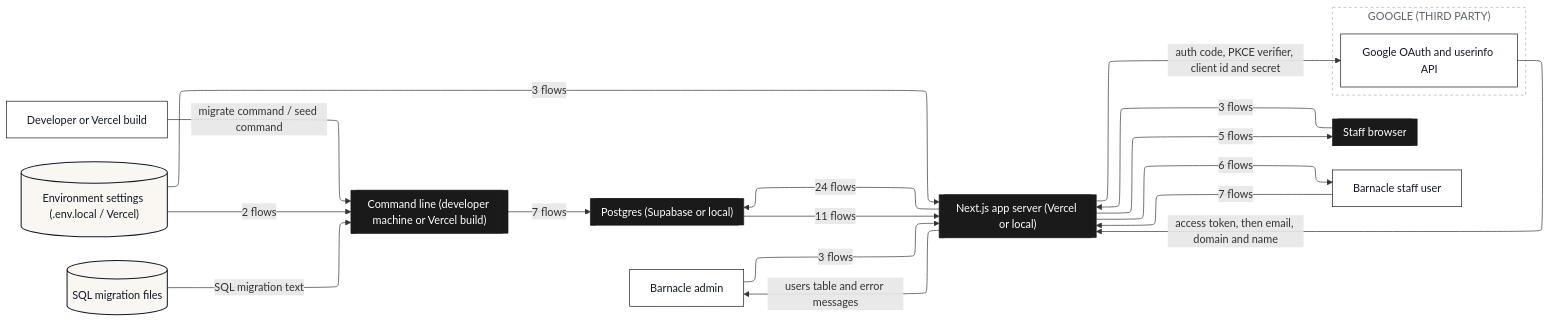
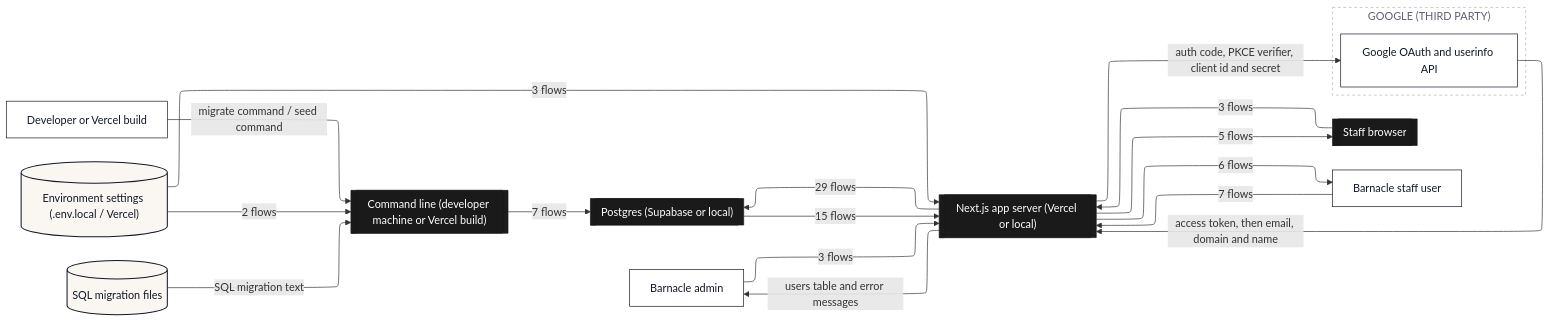
One commit to Romain-Perche/Barnacle-Pipe changed the second of 10 diagrams in dataflow/DATAFLOW.md. Above: the diagram before and after it, drawn with Mermaid. The commit also changed other lines of this file and 7 other files, not shown here.

````diff
--- a/dataflow/DATAFLOW.md
+++ b/dataflow/DATAFLOW.md
@@ -85,44 +91,44 @@
 ```mermaid
 ---
 config:
   layout: elk
 ---
 flowchart LR
     n1[["Next.js app server (Vercel or local)"]]
     n2[["Staff browser"]]
     n3[["Command line (developer machine or Vercel build)"]]
     n4[["Postgres (Supabase or local)"]]
     n5["Barnacle admin"]
     n6["Developer or Vercel build"]
     n7[("Environment settings (.env.local / Vercel)")]
     n8[("SQL migration files")]
     n9["Barnacle staff user"]
     subgraph z1["GOOGLE (THIRD PARTY)"]
         n10["Google OAuth and userinfo API"]
     end
     n5 -->|"3 flows"| n1
     n1 -->|"6 flows"| n9
     n2 -->|"3 flows"| n1
-    n1 -->|"24 flows"| n4
-    n4 -->|"11 flows"| n1
+    n1 -->|"29 flows"| n4
+    n4 -->|"15 flows"| n1
     n6 -->|"migrate command / seed command"| n3
     n7 -->|"3 flows"| n1
     n7 -->|"2 flows"| n3
     n1 -->|"5 flows"| n2
     n1 -->|"auth code, PKCE verifier, client id and secret"| n10
     n10 -->|"access token, then email, domain and name"| n1
     n3 -->|"7 flows"| n4
     n8 -->|"SQL migration text"| n3
     n9 -->|"7 flows"| n1
     n1 -->|"users table and error messages"| n5
     classDef actor fill:#FFFFFF,stroke:#111827,stroke-width:1px,color:#111827
     classDef process fill:#EDEAFF,stroke:#2B00FF,stroke-width:1.5px,color:#111827
     classDef store fill:#FAF6F1,stroke:#111827,stroke-width:1.5px,color:#111827
     classDef zone fill:#1A1A1A,stroke:#1A1A1A,color:#FFFFFF
     classDef group fill:#2B00FF,stroke:#2B00FF,color:#FFFFFF
     classDef stub fill:#FFFFFF,stroke:#2B00FF,stroke-width:1.5px,stroke-dasharray:5 4,color:#2B00FF
     class n5,n6,n9,n10 actor
     class n7,n8 store
     class n1,n2,n3,n4 zone
     style z1 fill:#FFFFFF,stroke:#B9B2A8,stroke-dasharray:4 4,color:#5D6270
 ```
````
